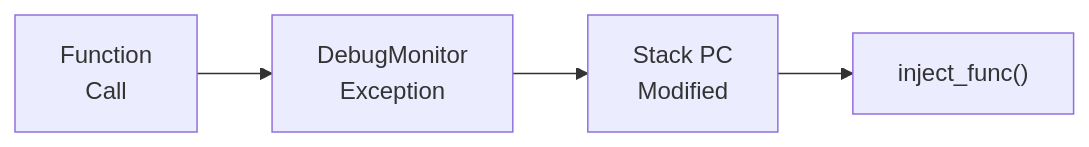
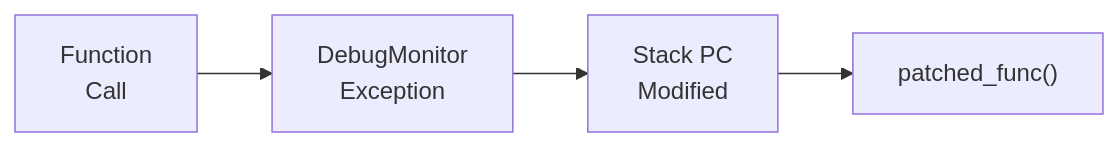
The third of 5 diagrams in Docs/Architecture.md (FASTSHIFT/FPBInject), drawn with Mermaid before and after one commit. The commit also changed other lines of this file and 23 other files, not shown here.

````diff
--- a/Docs/Architecture.md
+++ b/Docs/Architecture.md
@@ -100,6 +100,6 @@
 ```mermaid
 flowchart LR
     A["Function<br/>Call"] --> B["DebugMonitor<br/>Exception"]
     B --> C["Stack PC<br/>Modified"]
-    C --> D["inject_func()"]
+    C --> D["patched_func()"]
 ```
````
